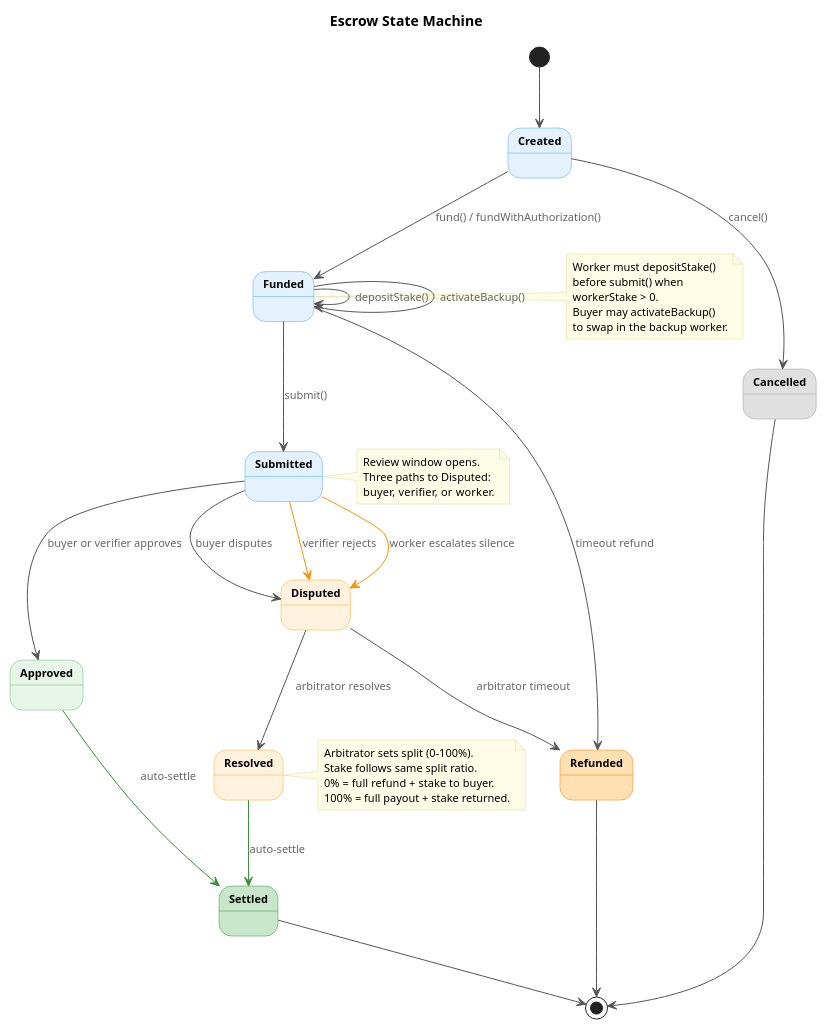
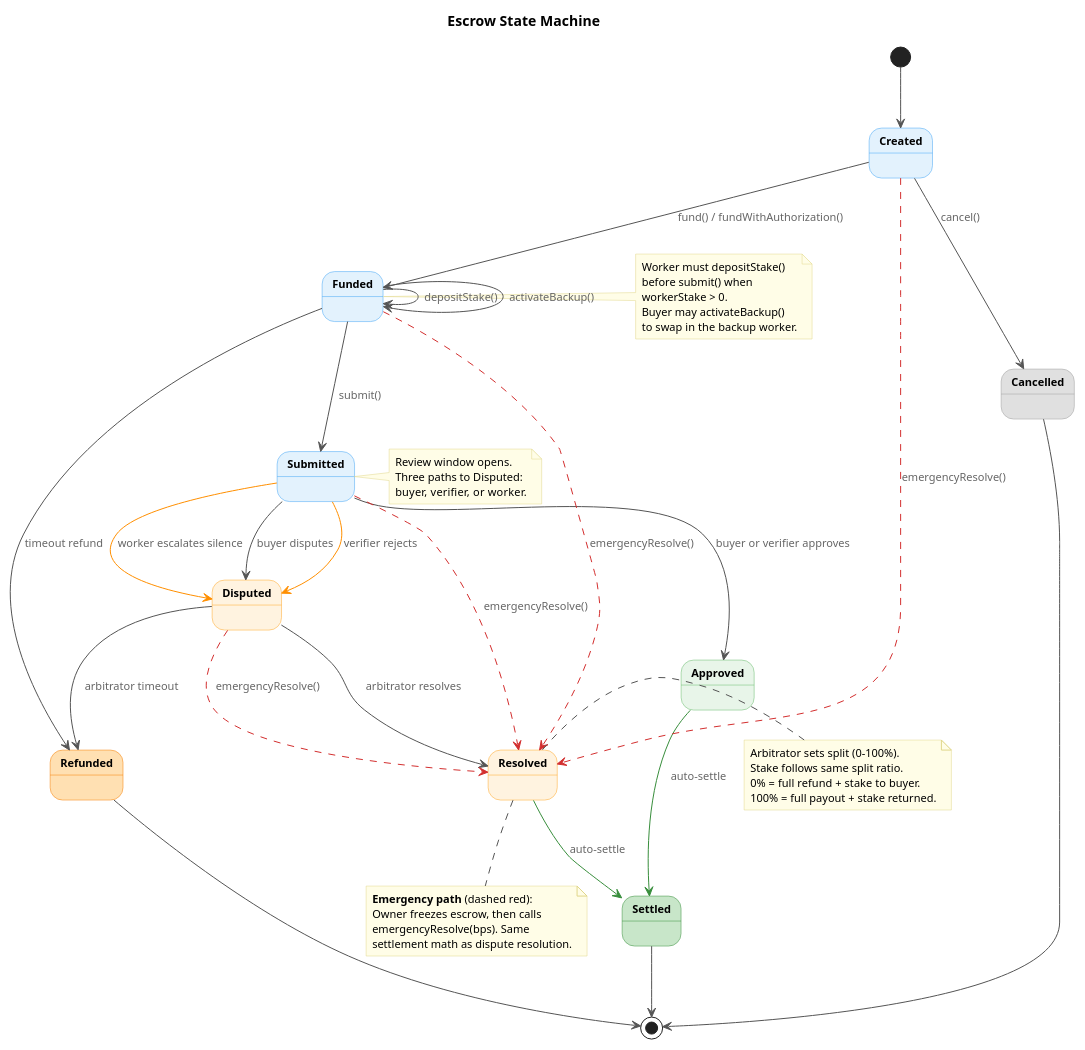
One commit to eddiefleurent/agent-escrow changed the first of 2 diagrams in docs/diagrams/state-machine.puml. Above: the diagram before and after it, drawn with PlantUML. The commit also changed 26 other files, not shown here.

First line of the commit message:
feat: add emergency response protocol (paper §4.9, V2.11) (#12)

```diff
--- a/docs/diagrams/state-machine.puml
+++ b/docs/diagrams/state-machine.puml
@@ -1,81 +1,94 @@
 @startuml state-machine
 skinparam backgroundColor #FFFFFF
 skinparam defaultFontName "Helvetica"
 skinparam defaultFontSize 13
 skinparam shadowing false
 skinparam ArrowColor #555555
 skinparam ArrowFontSize 11
 skinparam ArrowFontColor #666666
 
 skinparam state {
   FontSize 14
   FontStyle bold
   AttributeFontSize 11
 }
 
 skinparam note {
   BackgroundColor #FFFDE7
   BorderColor #E0D68A
   FontSize 11
 }
 
 title Escrow State Machine
 
 state Created #E3F2FD ##42A5F5
 state Funded #E3F2FD ##42A5F5
 state Submitted #E3F2FD ##42A5F5
 state Approved #E8F5E9 ##66BB6A
 state Disputed #FFF3E0 ##FFA726
 state Resolved #FFF3E0 ##FFA726
 
 state Settled #C8E6C9 ##388E3C
 state Refunded #FFE0B2 ##F57C00
 state Cancelled #E0E0E0 ##9E9E9E
 
 [*] --> Created
 
 Created --> Funded : fund() / fundWithAuthorization()
 Created --> Cancelled : cancel()
 
 Funded --> Funded : depositStake()
 Funded --> Funded : activateBackup()
 Funded --> Submitted : submit()
 Funded --> Refunded : timeout refund
 
 Submitted --> Approved : buyer or verifier approves
 Submitted --> Disputed : buyer disputes
 Submitted -[#FF8F00]-> Disputed : verifier rejects
 Submitted -[#FF8F00]-> Disputed : worker escalates silence
 
 Disputed --> Resolved : arbitrator resolves
 Disputed --> Refunded : arbitrator timeout
 
 Approved -[#388E3C]-> Settled : auto-settle
 Resolved -[#388E3C]-> Settled : auto-settle
 
 Cancelled --> [*]
 Refunded --> [*]
 Settled --> [*]
 
+' Emergency response protocol (paper §4.9)
+Created -[#D32F2F,dashed]-> Resolved : emergencyResolve()
+Funded -[#D32F2F,dashed]-> Resolved : emergencyResolve()
+Submitted -[#D32F2F,dashed]-> Resolved : emergencyResolve()
+Disputed -[#D32F2F,dashed]-> Resolved : emergencyResolve()
+
 note right of Funded
   Worker must depositStake()
   before submit() when
   workerStake > 0.
   Buyer may activateBackup()
   to swap in the backup worker.
 end note
 
 note right of Submitted
   Review window opens.
   Three paths to Disputed:
   buyer, verifier, or worker.
 end note
 
 note right of Resolved
   Arbitrator sets split (0-100%).
   Stake follows same split ratio.
   0% = full refund + stake to buyer.
   100% = full payout + stake returned.
 end note
 
+note bottom of Resolved
+  **Emergency path** (dashed red):
+  Owner freezes escrow, then calls
+  emergencyResolve(bps). Same
+  settlement math as dispute resolution.
+end note
+
 @enduml
```
